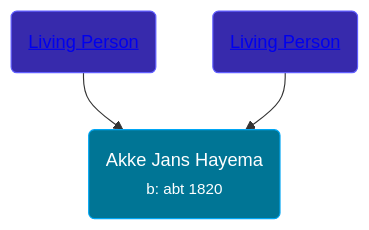
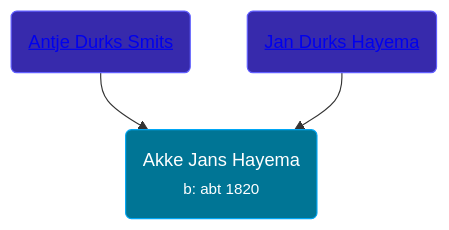
The diagram in pages/people/8/83341373.md (wpmgotkh/wpmgotkh.github.io), drawn with Mermaid before and after one commit. The commit also changed other lines of this file and 586 other files, not shown here.

Commit message:
feat: better shouldConsiderPersonLiving algo

````diff
--- a/pages/people/8/83341373.md
+++ b/pages/people/8/83341373.md
@@ -10,9 +10,9 @@
 ```mermaid
 graph
 classDef grands fill:#193cb8,stroke:#2b7fff,stroke-width:1px,color:#fff;
 classDef parents fill:#372aac,stroke:#615fff,stroke-width:1px,color:#fff;
 classDef primary fill:#007595,stroke:#00a6f4,stroke-width:1px,color:#fff;
 83341373(Akke Jans Hayema<br /><small>b: abt 1820</small>):::primary
-375100(<a class="text-white" href="/people/3/375100">Living Person</a>):::parents-->83341373
-48710710(<a class="text-white" href="/people/4/48710710">Living Person</a>):::parents-->83341373
+375100(<a class="text-white" href="/people/3/375100">Antje Durks Smits</a>):::parents-->83341373
+48710710(<a class="text-white" href="/people/4/48710710">Jan Durks Hayema</a>):::parents-->83341373
 ```
````
